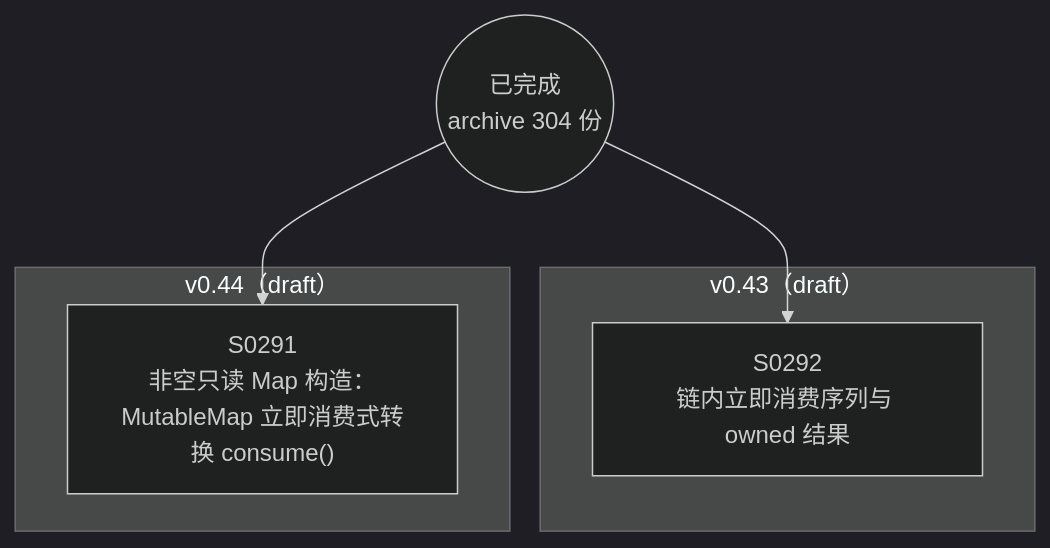
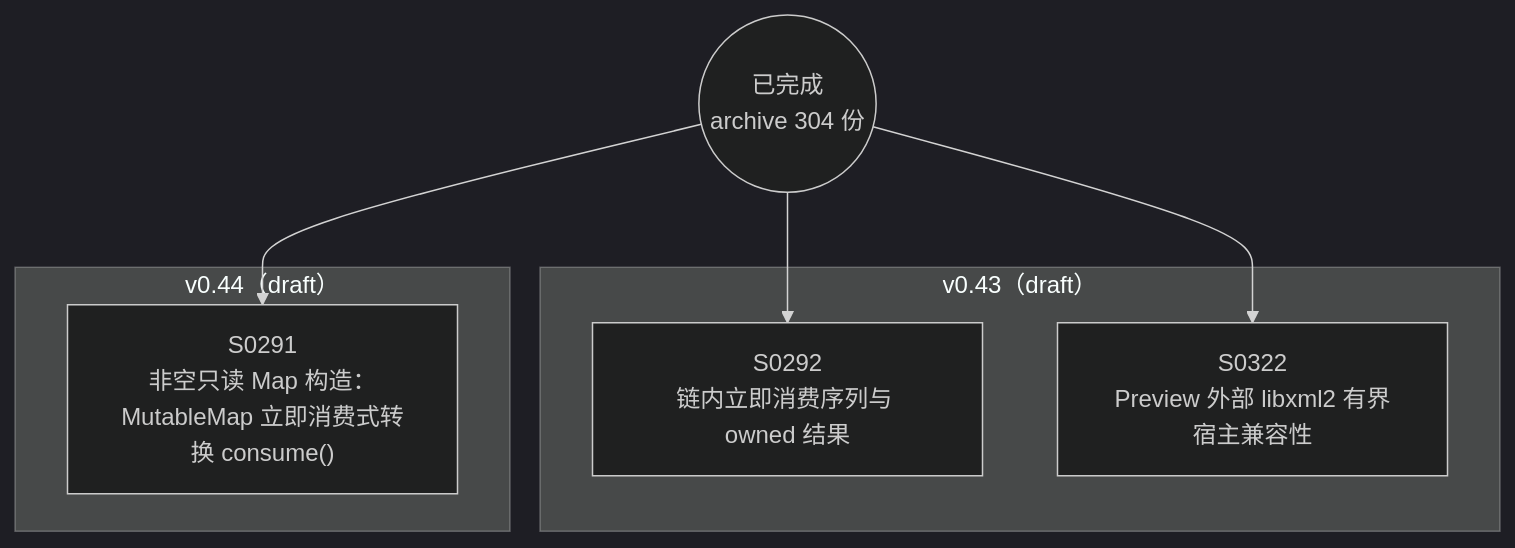
Before and after one commit to Halckon/Koven: the diagram in docs/specs/dependency-graph.md, drawn with Mermaid (dark theme). The commit also changed other lines of this file and 6 other files, not shown here.

Commit message:
docs(preview): draft bounded libxml2 host contract (SPEC-0322)

````diff
--- a/docs/specs/dependency-graph.md
+++ b/docs/specs/dependency-graph.md
@@ -9,12 +9,14 @@
 ```mermaid
 flowchart TD
 ARCH(("已完成<br/>archive 304 份"))
 subgraph Gdrafts_v043["v0.43（draft）"]
   S0292["S0292<br/>链内立即消费序列与 owned 结果"]
+  S0322["S0322<br/>Preview 外部 libxml2 有界宿主兼容性"]
 end
 subgraph Gdrafts_v044["v0.44（draft）"]
   S0291["S0291<br/>非空只读 Map 构造：MutableMap 立即消费式转换 consume()"]
 end
 ARCH --> S0291
 ARCH --> S0292
+ARCH --> S0322
 ```
````
